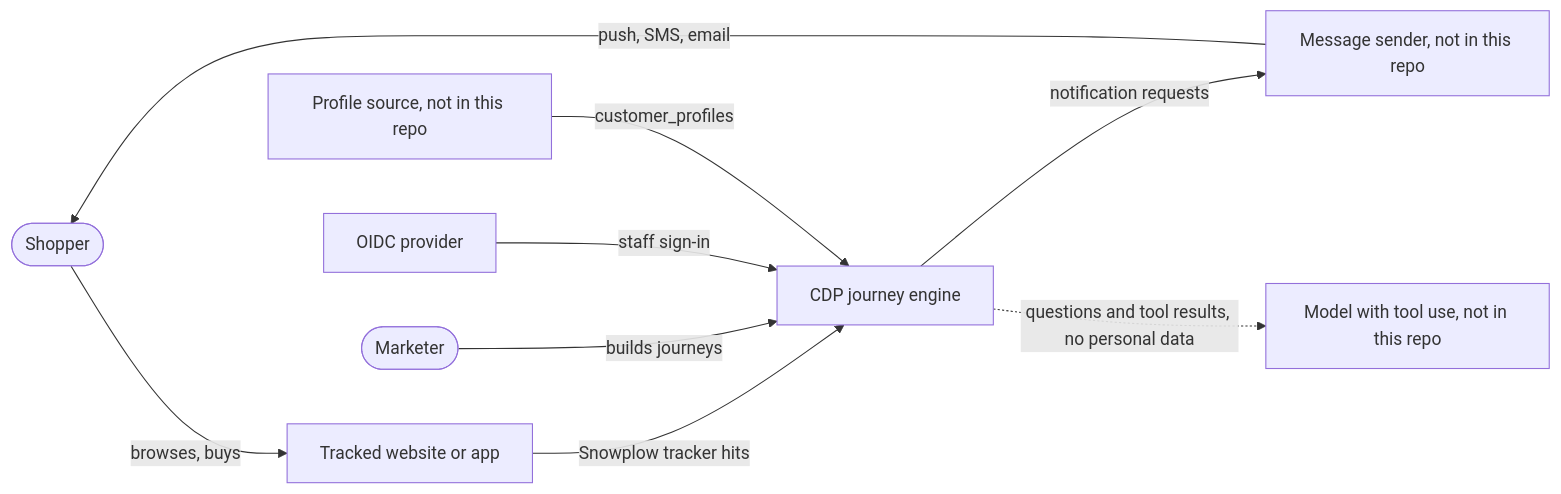
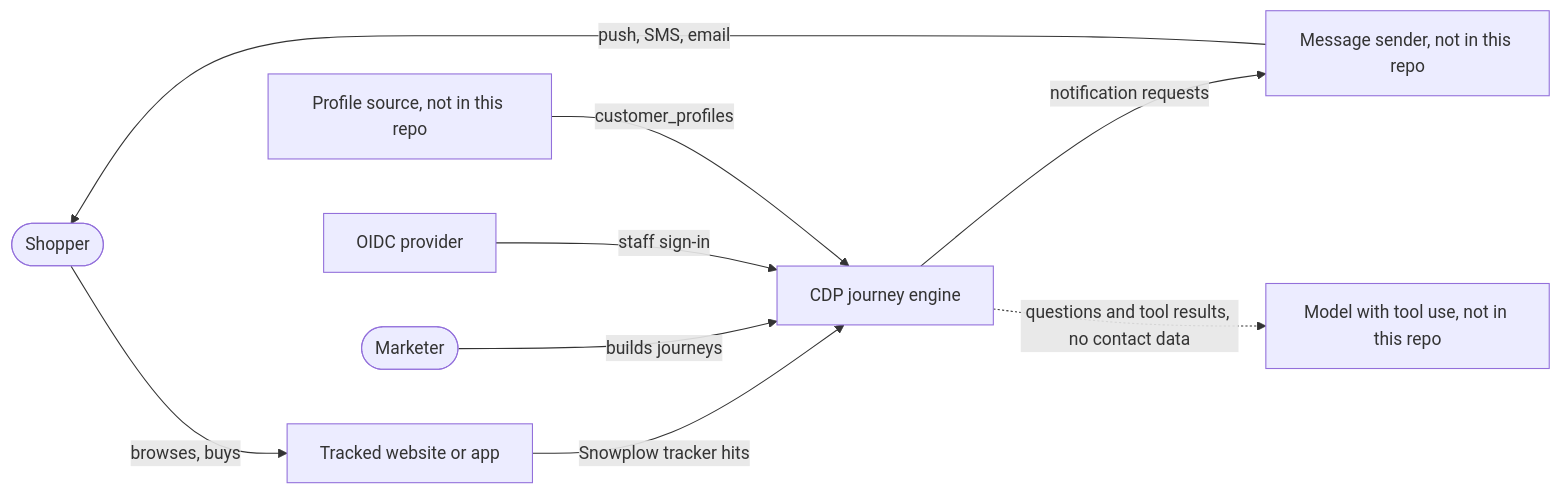
The first of 7 diagrams in docs/internal/architecture/overview.md (18120158binh/salarose), drawn with Mermaid before and after one commit. The commit also changed other lines of this file and 1 other file, not shown here.

````diff
--- a/docs/internal/architecture/overview.md
+++ b/docs/internal/architecture/overview.md
@@ -9,11 +9,11 @@
 ```mermaid
 flowchart LR
 	shopper([Shopper]) -->|browses, buys| site[Tracked website or app]
 	site -->|Snowplow tracker hits| cdp[CDP journey engine]
 	marketer([Marketer]) -->|builds journeys| cdp
 	cdp -->|notification requests| sender[Message sender, not in this repo]
 	sender -->|push, SMS, email| shopper
 	idp[OIDC provider] -->|staff sign-in| cdp
 	crm[Profile source, not in this repo] -->|customer_profiles| cdp
-	cdp -.->|questions and tool results, no personal data| llm[Model with tool use, not in this repo]
+	cdp -.->|questions and tool results, no contact data| llm[Model with tool use, not in this repo]
 ```
````
